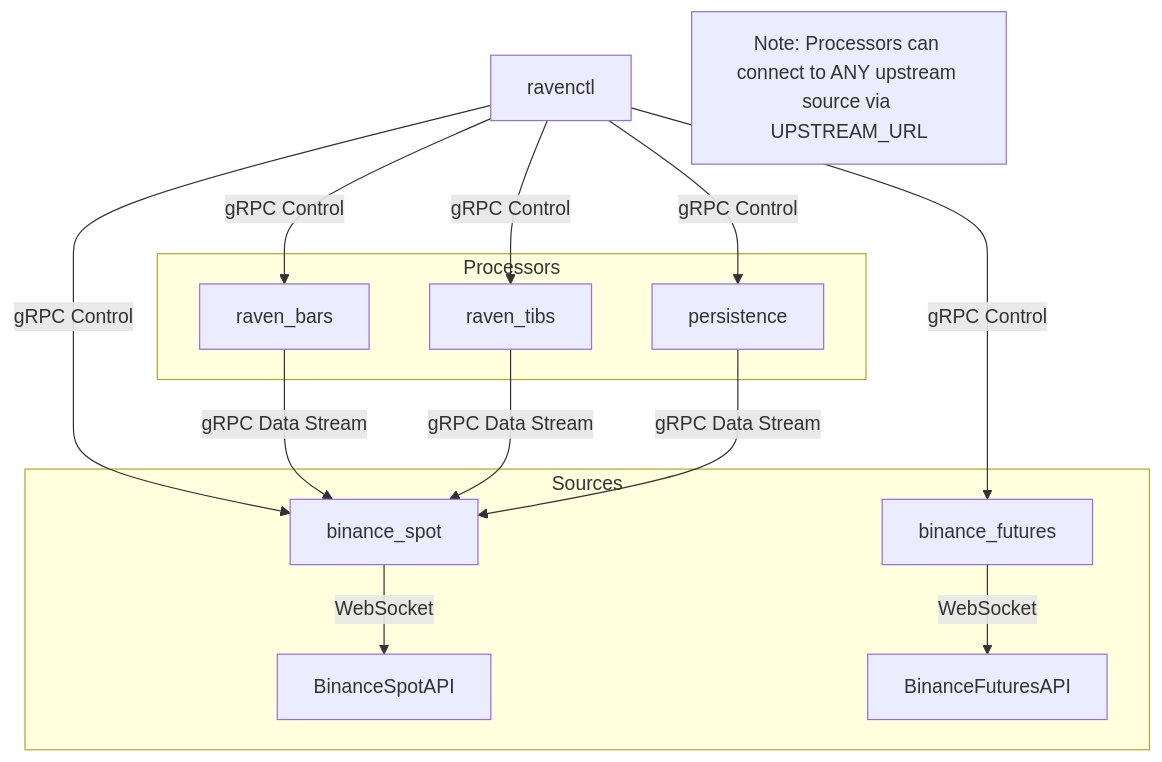
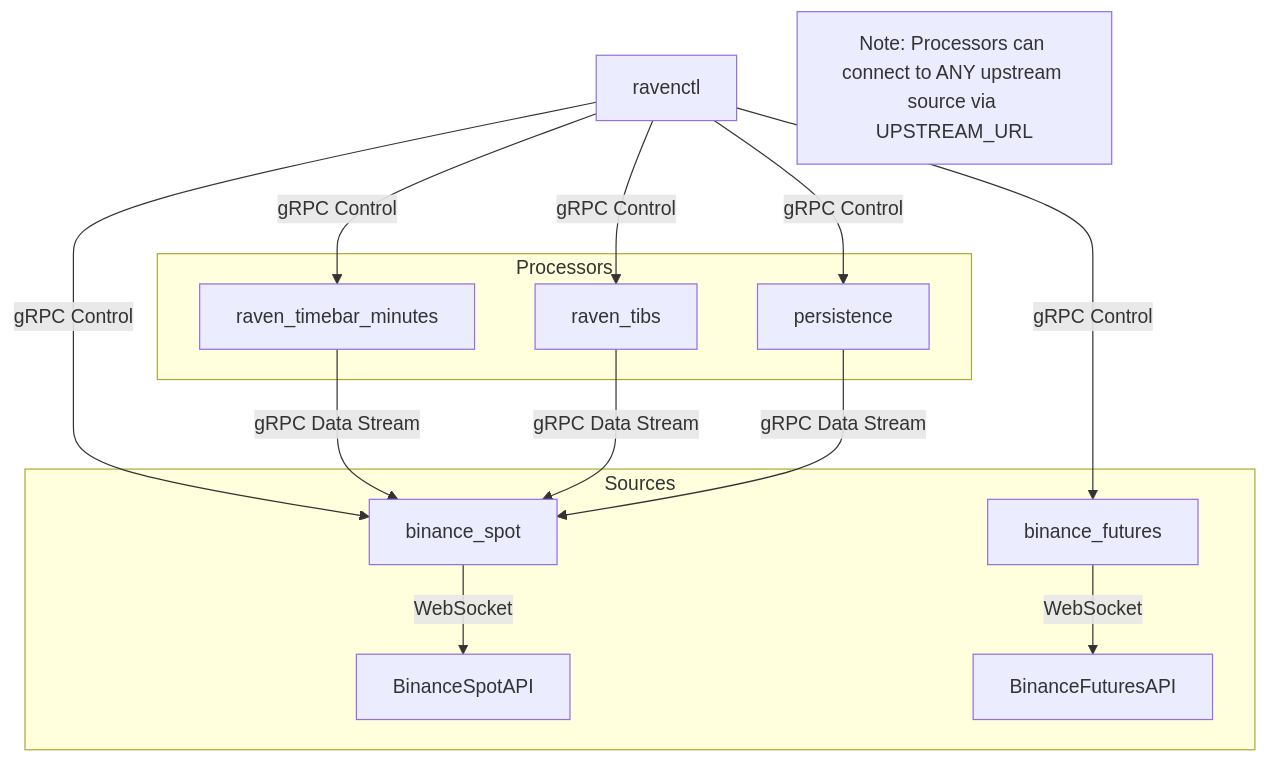
Before and after one commit to SKKUGoon/Raven: the diagram in README.md, drawn with Mermaid. The commit also changed other lines of this file and 11 other files, not shown here.

````diff
--- a/README.md
+++ b/README.md
@@ -32,21 +32,21 @@
 ```mermaid
 graph TD
     ctl[ravenctl] -- gRPC Control --> spot[binance_spot]
     ctl -- gRPC Control --> fut[binance_futures]
-    ctl -- gRPC Control --> bars[raven_bars]
+    ctl -- gRPC Control --> bars[raven_timebar_minutes]
     ctl -- gRPC Control --> tibs[raven_tibs]
     ctl -- gRPC Control --> persist[persistence]
 
     subgraph Sources
     spot -- WebSocket --> BinanceSpotAPI
     fut -- WebSocket --> BinanceFuturesAPI
     end
 
     subgraph Processors
     bars -- gRPC Data Stream --> spot
     tibs -- gRPC Data Stream --> spot
     persist -- gRPC Data Stream --> spot
     end
     
     note[Note: Processors can connect to ANY upstream source via UPSTREAM_URL]
 ```
````
